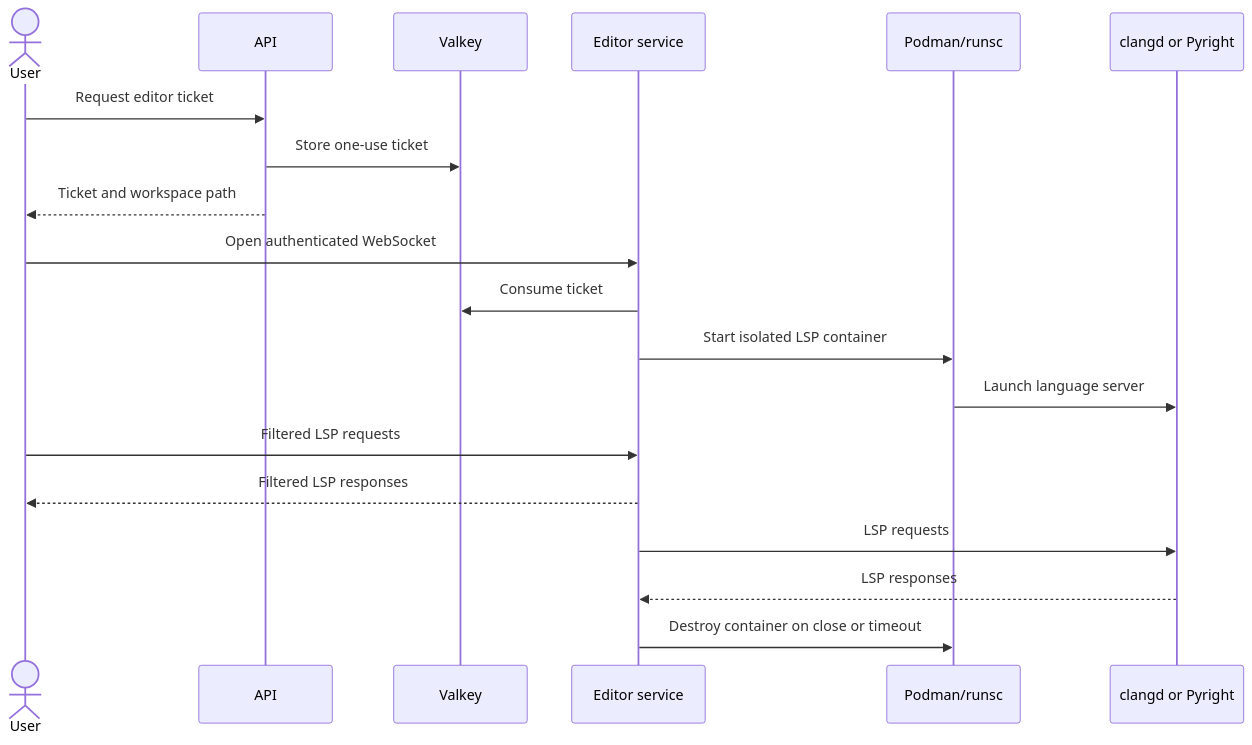
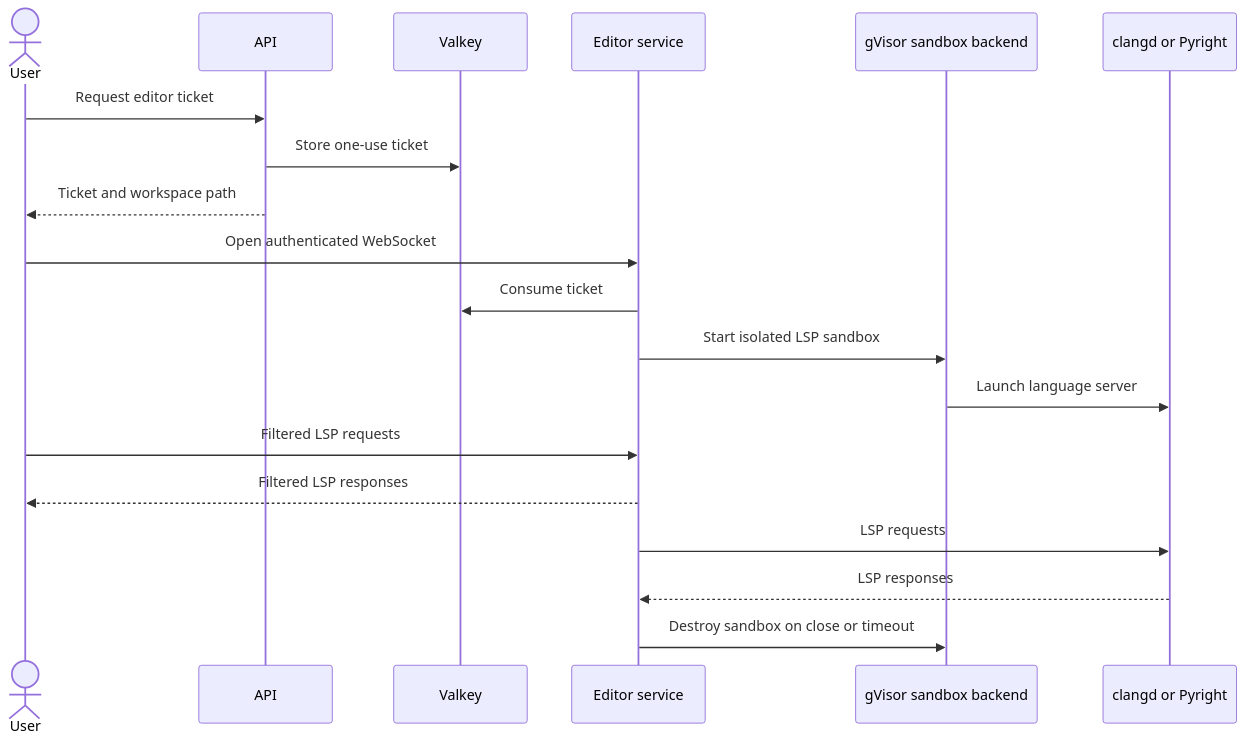
One commit to UltimateBoomer/j0coder changed the third of 4 diagrams in docs/architecture.md. Above: the diagram before and after it, drawn with Mermaid. The commit also changed other lines of this file and 3 other files, not shown here.

````diff
--- a/docs/architecture.md
+++ b/docs/architecture.md
@@ -84,22 +84,22 @@
 ```mermaid
 sequenceDiagram
     actor User
     participant API
     participant V as Valkey
     participant E as Editor service
-    participant P as Podman/runsc
+    participant P as gVisor sandbox backend
     participant LSP as clangd or Pyright
 
     User->>API: Request editor ticket
     API->>V: Store one-use ticket
     API-->>User: Ticket and workspace path
     User->>E: Open authenticated WebSocket
     E->>V: Consume ticket
-    E->>P: Start isolated LSP container
+    E->>P: Start isolated LSP sandbox
     P->>LSP: Launch language server
     User->>E: Filtered LSP requests
     E-->>User: Filtered LSP responses
     E->>LSP: LSP requests
     LSP-->>E: LSP responses
-    E->>P: Destroy container on close or timeout
+    E->>P: Destroy sandbox on close or timeout
 ```
````
